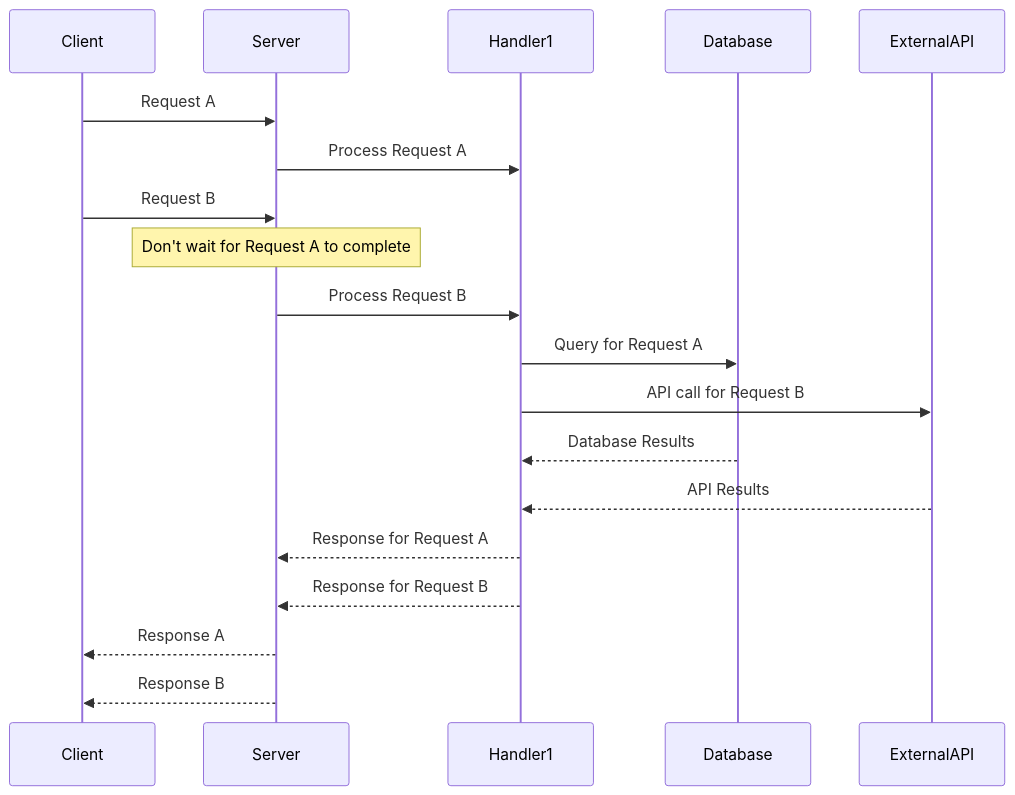
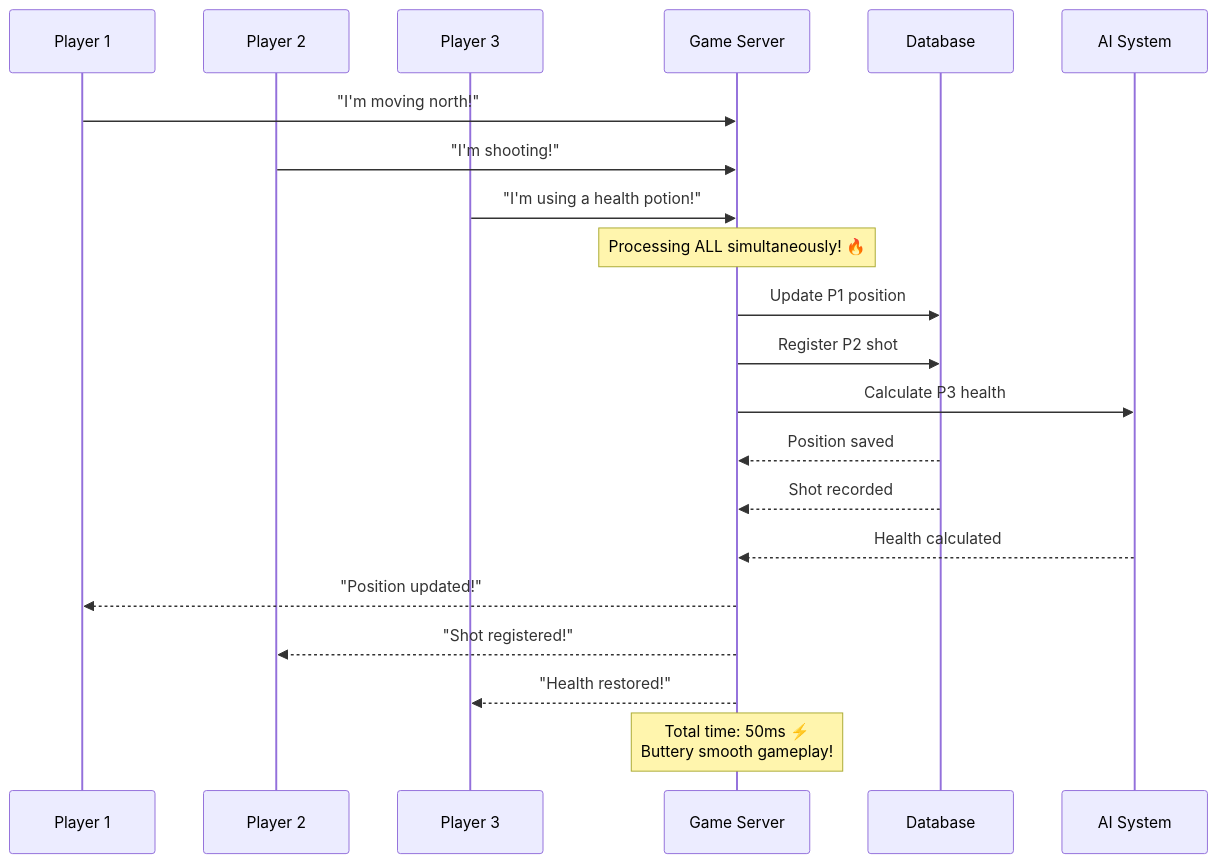
Before and after one commit to balupeddireddy08/FastAPI-for-AI-Projects: the second of 2 diagrams in 07-async/README.md, drawn with Mermaid. The commit also changed other lines of this file and 9 other files, not shown here.

````diff
--- a/07-async/README.md
+++ b/07-async/README.md
@@ -13,27 +48,29 @@
 ```mermaid
 sequenceDiagram
-    participant Client
-    participant Server
-    participant Handler1
-    participant Database
-    participant ExternalAPI
+    participant P1 as Player 1
+    participant P2 as Player 2  
+    participant P3 as Player 3
+    participant Server as Game Server
+    participant DB as Database
+    participant AI as AI System
     
-    Client->>Server: Request A
-    Server->>Handler1: Process Request A
+    P1->>Server: "I'm moving north!"
+    P2->>Server: "I'm shooting!"
+    P3->>Server: "I'm using a health potion!"
     
-    Client->>Server: Request B
-    Note over Server: Don't wait for Request A to complete
-    Server->>Handler1: Process Request B
+    Note over Server: Processing ALL simultaneously! 🔥
     
-    Handler1->>Database: Query for Request A
-    Handler1->>ExternalAPI: API call for Request B
+    Server->>DB: Update P1 position
+    Server->>DB: Register P2 shot
+    Server->>AI: Calculate P3 health
     
-    Database-->>Handler1: Database Results
-    ExternalAPI-->>Handler1: API Results
+    DB-->>Server: Position saved
+    DB-->>Server: Shot recorded  
+    AI-->>Server: Health calculated
     
-    Handler1-->>Server: Response for Request A
-    Handler1-->>Server: Response for Request B
+    Server-->>P1: "Position updated!"
+    Server-->>P2: "Shot registered!"
+    Server-->>P3: "Health restored!"
     
-    Server-->>Client: Response A
-    Server-->>Client: Response B
+    Note over Server: Total time: 50ms ⚡<br/>Buttery smooth gameplay!
 ```
````
